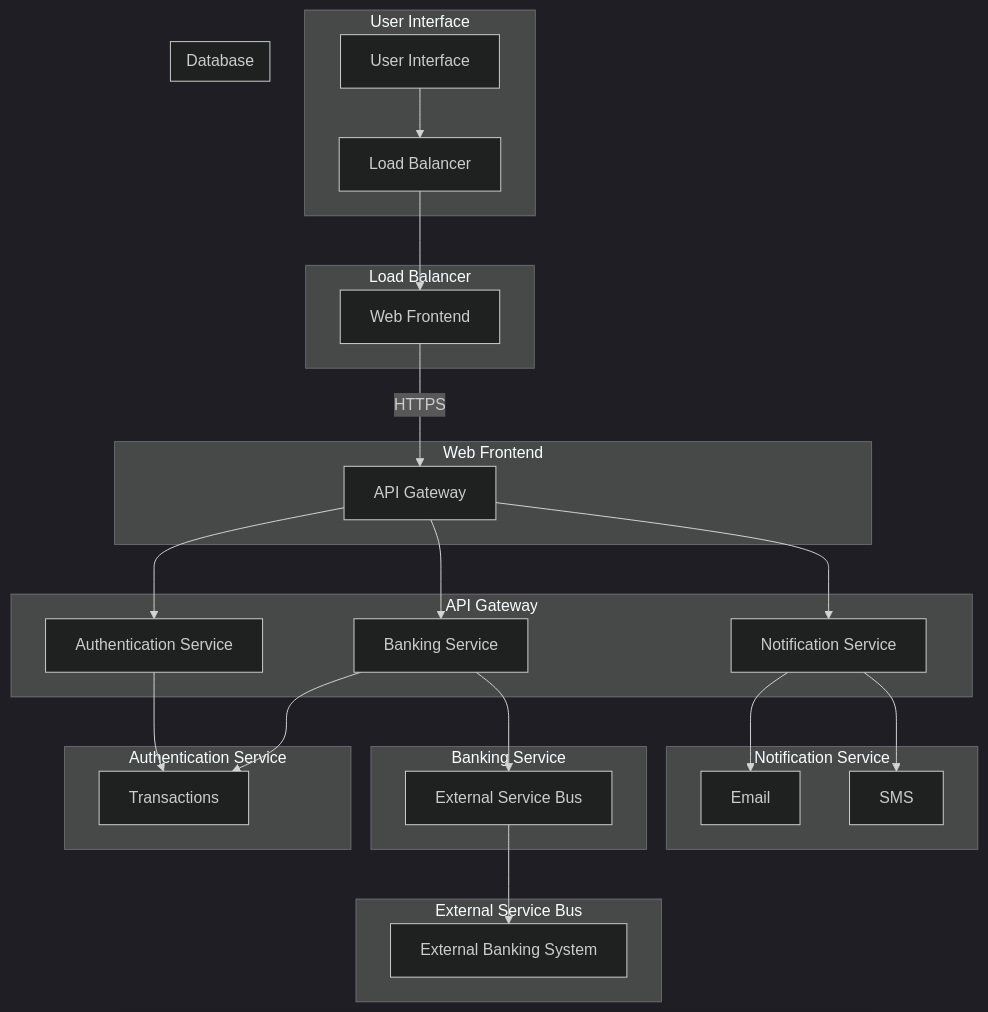
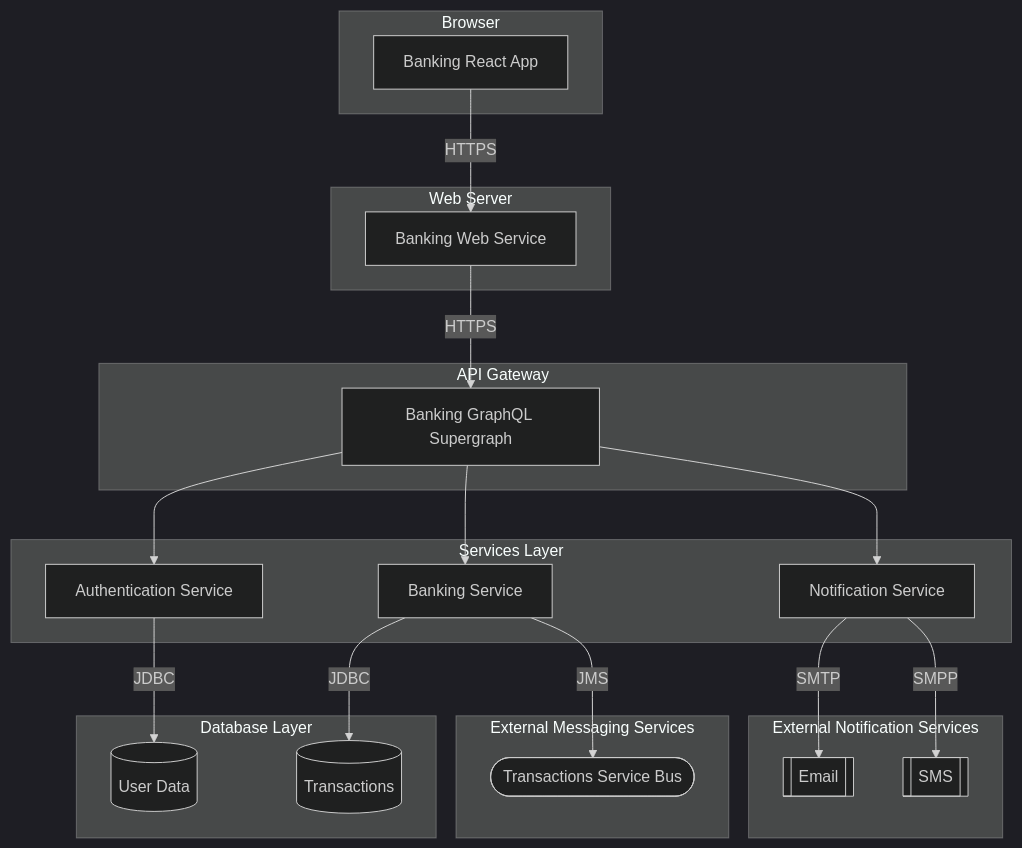
The diagram in docs/logical/TargetStateSolution.md (tspauld98/arch-organizer-template), drawn with Mermaid (dark theme) before and after one commit. The commit also changed other lines of this file, not shown here.

Commit message:
Added sample target-state solution

````diff
--- a/docs/logical/TargetStateSolution.md
+++ b/docs/logical/TargetStateSolution.md
@@ -13,44 +18,35 @@
 ```mermaid
 flowchart TD
 
-subgraph "User Interface"
-    UI[User Interface] --> LB[Load Balancer]
+subgraph "Browser"
+    RA[Banking React App]
 end
 
-subgraph "Load Balancer"
-    LB --> WF[Web Frontend]
-end
-
-subgraph "Web Frontend"
-    WF --> |HTTPS| API[API Gateway]
+subgraph "Web Server"
+    RA --> |HTTPS| WF[Banking Web Service]
 end
 
 subgraph "API Gateway"
+    WF --> |HTTPS| API[Banking GraphQL Supergraph]
+end
+
+subgraph "Services Layer"
     API --> AS[Authentication Service]
     API --> BS[Banking Service]
-    API --> MS[Notification Service]
+    API --> NS[Notification Service]
 end
 
-subgraph "Authentication Service"
-    AS --> DB[Database]
+subgraph "External Messaging Services"
+    BS --> |JMS| ESB1([Transactions Service Bus])
 end
 
-subgraph "Banking Service"
-    BS --> DB
-    BS --> ESB[External Service Bus]
+subgraph "External Notification Services"
+    NS --> |SMTP| NS1[[Email]]
+    NS --> |SMPP| NS2[[SMS]]
 end
 
-subgraph "Notification Service"
-    MS --> Email
-    MS --> SMS
-end
-
-subgraph "External Service Bus"
-    ESB --> EB[External Banking System]
-end
-
-subgraph "Database"
-    DB[User Data]
-    DB[Transactions]
+subgraph "Database Layer"
+    AS --> |JDBC| DB1[(User Data)]
+    BS --> |JDBC| DB2[(Transactions)]
 end
 ```
````
